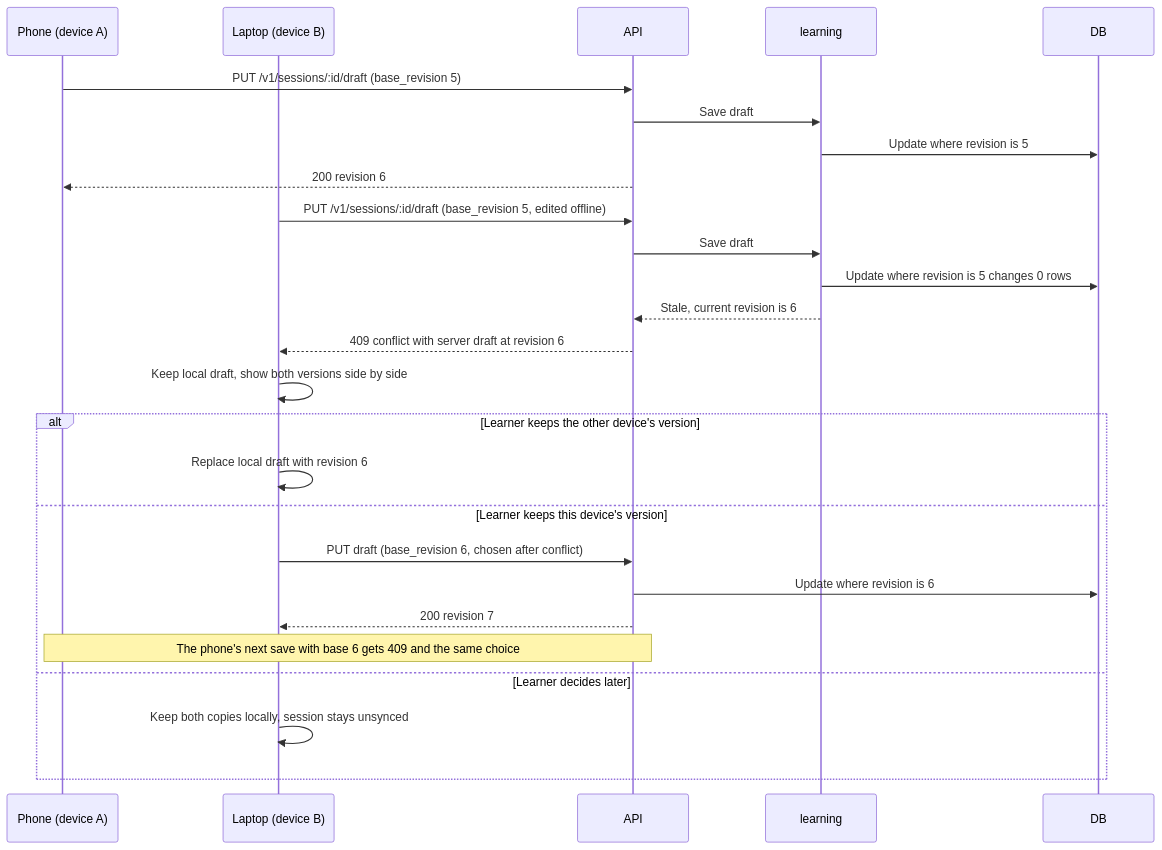
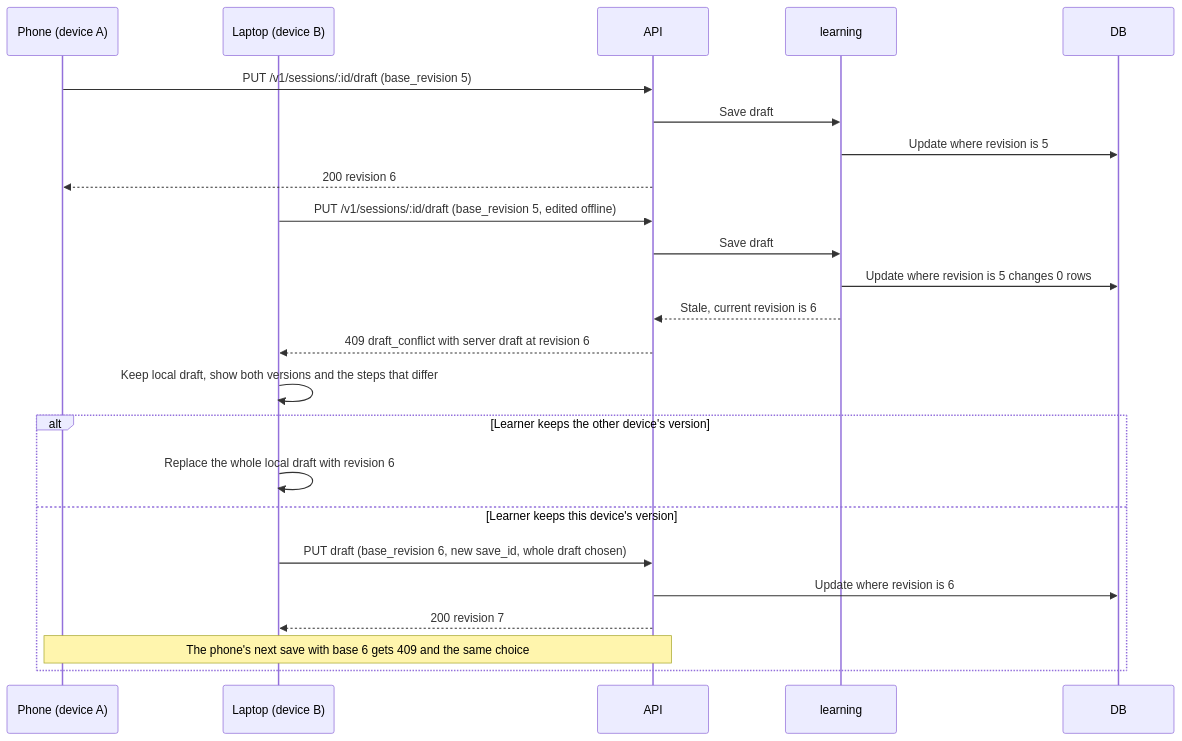
One commit to GhanshyamSoni68/app_idea changed the seventh of 19 diagrams in devstep/docs/03-key-flows.md. Above: the diagram before and after it, drawn with Mermaid. The commit also changed other lines of this file and 8 other files, not shown here.

````diff
--- a/devstep/docs/03-key-flows.md
+++ b/devstep/docs/03-key-flows.md
@@ -421,28 +435,26 @@
 ```mermaid
 sequenceDiagram
     participant PA as Phone (device A)
     participant LA as Laptop (device B)
     participant API
     participant LRN as learning
     participant DB
     PA->>API: PUT /v1/sessions/:id/draft (base_revision 5)
     API->>LRN: Save draft
     LRN->>DB: Update where revision is 5
     API-->>PA: 200 revision 6
     LA->>API: PUT /v1/sessions/:id/draft (base_revision 5, edited offline)
     API->>LRN: Save draft
     LRN->>DB: Update where revision is 5 changes 0 rows
     LRN-->>API: Stale, current revision is 6
-    API-->>LA: 409 conflict with server draft at revision 6
-    LA->>LA: Keep local draft, show both versions side by side
+    API-->>LA: 409 draft_conflict with server draft at revision 6
+    LA->>LA: Keep local draft, show both versions and the steps that differ
     alt Learner keeps the other device's version
-        LA->>LA: Replace local draft with revision 6
+        LA->>LA: Replace the whole local draft with revision 6
     else Learner keeps this device's version
-        LA->>API: PUT draft (base_revision 6, chosen after conflict)
+        LA->>API: PUT draft (base_revision 6, new save_id, whole draft chosen)
         API->>DB: Update where revision is 6
         API-->>LA: 200 revision 7
         Note over PA,API: The phone's next save with base 6 gets 409 and the same choice
-    else Learner decides later
-        LA->>LA: Keep both copies locally, session stays unsynced
     end
 ```
````
